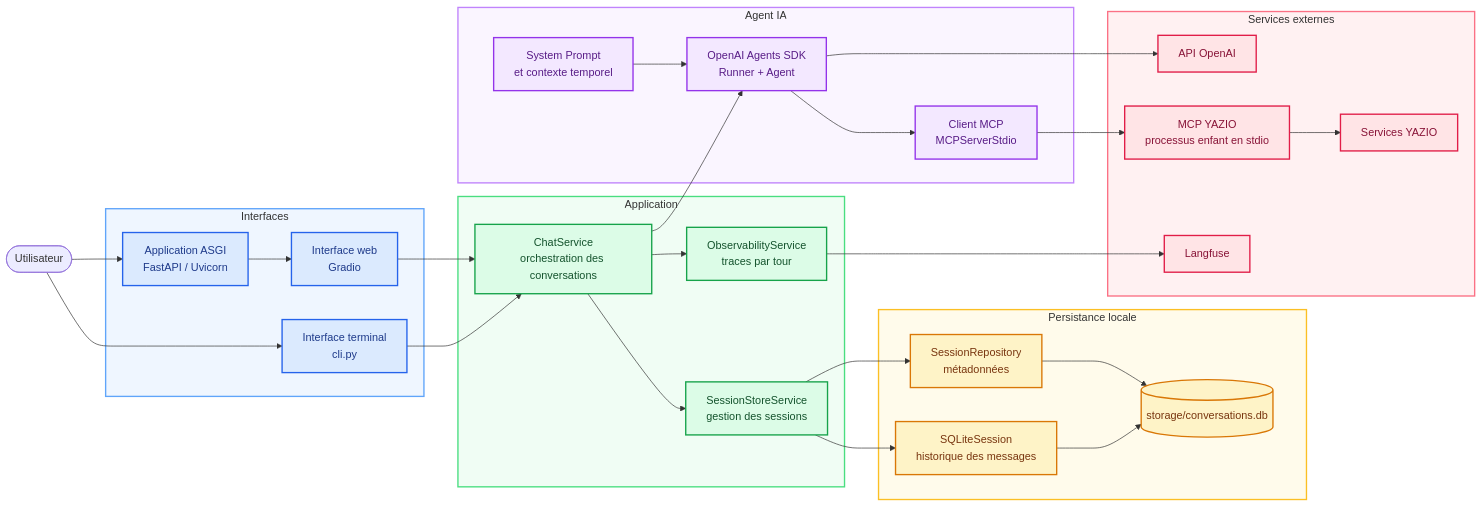
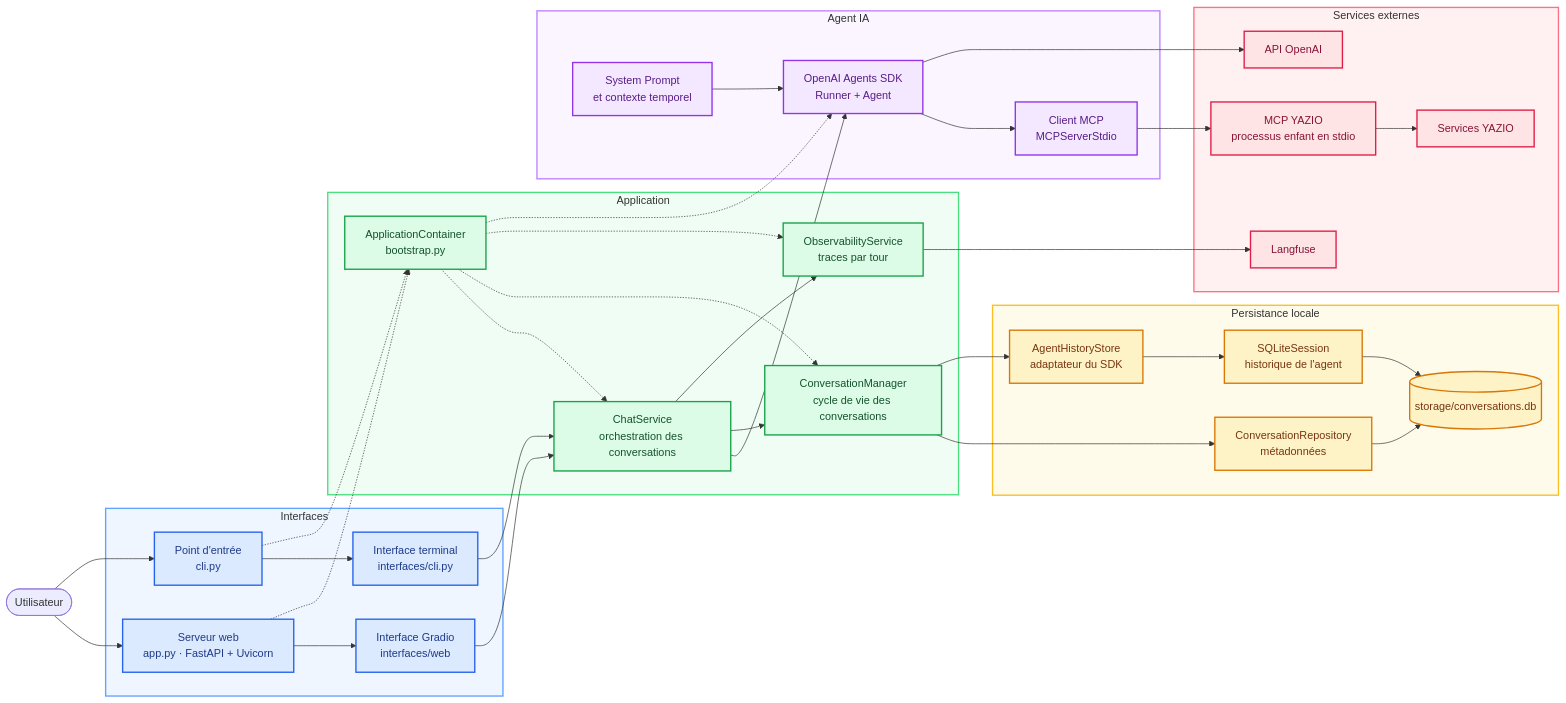
One commit to martinp2003-debug/Yazio-AI-Agent changed the diagram in README.md. Above: the diagram before and after it, drawn with Mermaid. The commit also changed other lines of this file and 19 other files, not shown here.

Commit message:
Refactoring de l'architecture, nommage clair des services et schématisation de leurs interdépendances

```diff
--- a/README.md
+++ b/README.md
@@ -9,15 +9,18 @@
     user([Utilisateur])
 
     subgraph interfaces[Interfaces]
-        web[Interface web<br/>Gradio]
-        api[Application ASGI<br/>FastAPI / Uvicorn]
-        cli[Interface terminal<br/>cli.py]
-        api --> web
+        web_entry[Serveur web<br/>app.py · FastAPI + Uvicorn]
+        web[Interface Gradio<br/>interfaces/web]
+        cli_entry[Point d'entrée<br/>cli.py]
+        cli[Interface terminal<br/>interfaces/cli.py]
+        web_entry --> web
+        cli_entry --> cli
     end
 
     subgraph application[Application]
+        bootstrap[ApplicationContainer<br/>bootstrap.py]
         chat[ChatService<br/>orchestration des conversations]
-        store[SessionStoreService<br/>gestion des sessions]
+        conversations[ConversationManager<br/>cycle de vie des conversations]
         observability[ObservabilityService<br/>traces par tour]
     end
 
@@ -30,10 +33,12 @@
     end
 
     subgraph persistence[Persistance locale]
-        repository[SessionRepository<br/>métadonnées]
-        history[SQLiteSession<br/>historique des messages]
+        repository[ConversationRepository<br/>métadonnées]
+        history_store[AgentHistoryStore<br/>adaptateur du SDK]
+        history[SQLiteSession<br/>historique de l'agent]
         sqlite[(storage/conversations.db)]
         repository --> sqlite
+        history_store --> history
         history --> sqlite
     end
 
@@ -45,15 +50,21 @@
         mcp --> yazio
     end
 
-    user --> api
-    user --> cli
+    user --> web_entry
+    user --> cli_entry
+    web_entry -.-> bootstrap
+    cli_entry -.-> bootstrap
     web --> chat
     cli --> chat
+    bootstrap -.-> chat
+    bootstrap -.-> conversations
+    bootstrap -.-> observability
+    bootstrap -.-> runner
     chat --> runner
-    chat --> store
+    chat --> conversations
     chat --> observability
-    store --> repository
-    store --> history
+    conversations --> repository
+    conversations --> history_store
     runner --> openai
     mcp_client --> mcp
     observability --> langfuse
@@ -64,10 +75,10 @@
     classDef persistenceNode fill:#FEF3C7,stroke:#D97706,color:#78350F,stroke-width:2px
     classDef externalNode fill:#FFE4E6,stroke:#E11D48,color:#881337,stroke-width:2px
 
-    class web,api,cli interfaceNode
-    class chat,store,observability applicationNode
+    class web_entry,web,cli_entry,cli interfaceNode
+    class bootstrap,chat,conversations,observability applicationNode
     class runner,prompt,mcp_client agentNode
-    class repository,history,sqlite persistenceNode
+    class repository,history_store,history,sqlite persistenceNode
     class openai,mcp,yazio,langfuse externalNode
 
     style interfaces fill:#EFF6FF,stroke:#60A5FA,stroke-width:2px
```
